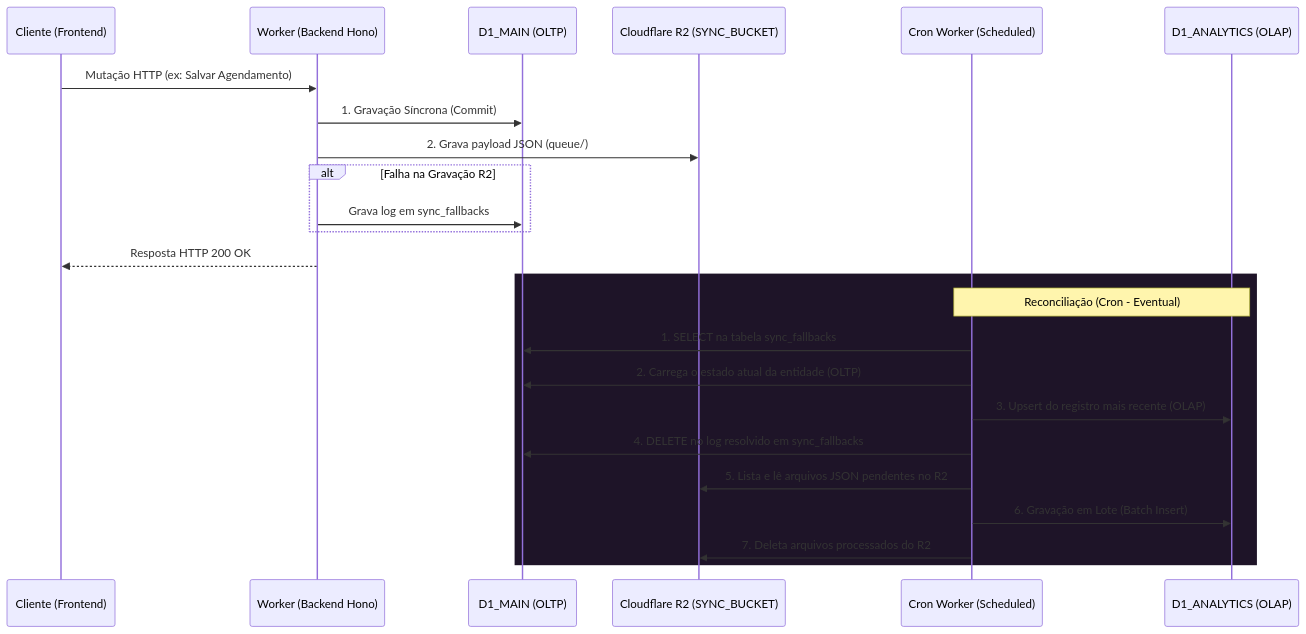
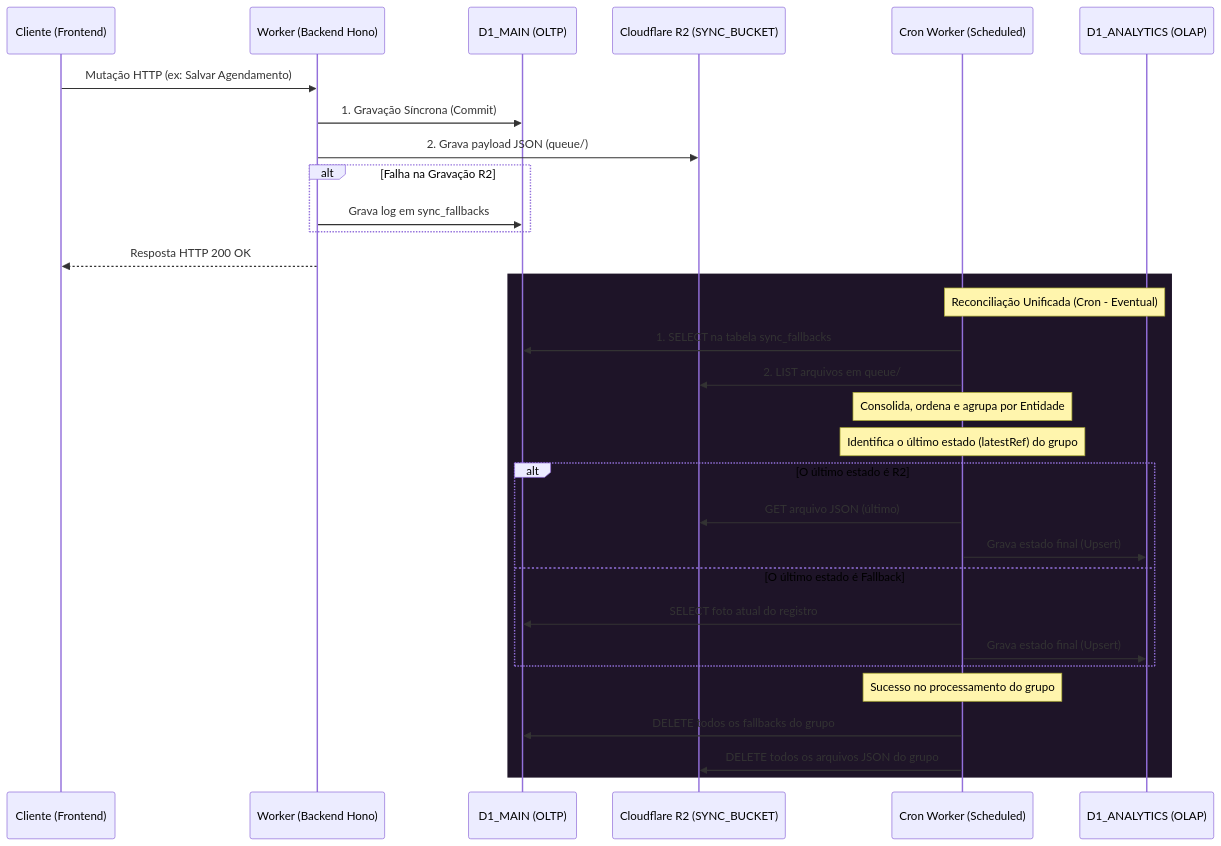
The first of 3 diagrams in apps/internal-docs/src/content/docs/data-e-api.mdx (lumenpink/aura), drawn with Mermaid before and after one commit. The commit also changed other lines of this file, not shown here.

Commit message:
docs: document unified reconciliation process and add commit policy to agent rules

````diff
--- a/apps/internal-docs/src/content/docs/data-e-api.mdx
+++ b/apps/internal-docs/src/content/docs/data-e-api.mdx
@@ -22,29 +28,35 @@
 ```mermaid
 sequenceDiagram
     participant Client as Cliente (Frontend)
     participant Worker as Worker (Backend Hono)
     participant D1Main as D1_MAIN (OLTP)
     participant R2 as Cloudflare R2 (SYNC_BUCKET)
     participant Cron as Cron Worker (Scheduled)
     participant D1Analytics as D1_ANALYTICS (OLAP)
 
     Client->>Worker: Mutação HTTP (ex: Salvar Agendamento)
     Worker->>D1Main: 1. Gravação Síncrona (Commit)
     Worker->>R2: 2. Grava payload JSON (queue/)
     alt Falha na Gravação R2
         Worker->>D1Main: Grava log em sync_fallbacks
     end
     Worker-->>Client: Resposta HTTP 200 OK
     
     rect rgb(30, 20, 40)
-        Note over Cron, D1Analytics: Reconciliação (Cron - Eventual)
+        Note over Cron, D1Analytics: Reconciliação Unificada (Cron - Eventual)
         Cron->>D1Main: 1. SELECT na tabela sync_fallbacks
-        Cron->>D1Main: 2. Carrega o estado atual da entidade (OLTP)
-        Cron->>D1Analytics: 3. Upsert do registro mais recente (OLAP)
-        Cron->>D1Main: 4. DELETE no log resolvido em sync_fallbacks
-        
-        Cron->>R2: 5. Lista e lê arquivos JSON pendentes no R2
-        Cron->>D1Analytics: 6. Gravação em Lote (Batch Insert)
-        Cron->>R2: 7. Deleta arquivos processados do R2
+        Cron->>R2: 2. LIST arquivos em queue/
+        Note over Cron: Consolida, ordena e agrupa por Entidade
+        Note over Cron: Identifica o último estado (latestRef) do grupo
+        alt O último estado é R2
+            Cron->>R2: GET arquivo JSON (último)
+            Cron->>D1Analytics: Grava estado final (Upsert)
+        else O último estado é Fallback
+            Cron->>D1Main: SELECT foto atual do registro
+            Cron->>D1Analytics: Grava estado final (Upsert)
+        end
+        Note over Cron: Sucesso no processamento do grupo
+        Cron->>D1Main: DELETE todos os fallbacks do grupo
+        Cron->>R2: DELETE todos os arquivos JSON do grupo
     end
 ```
````
